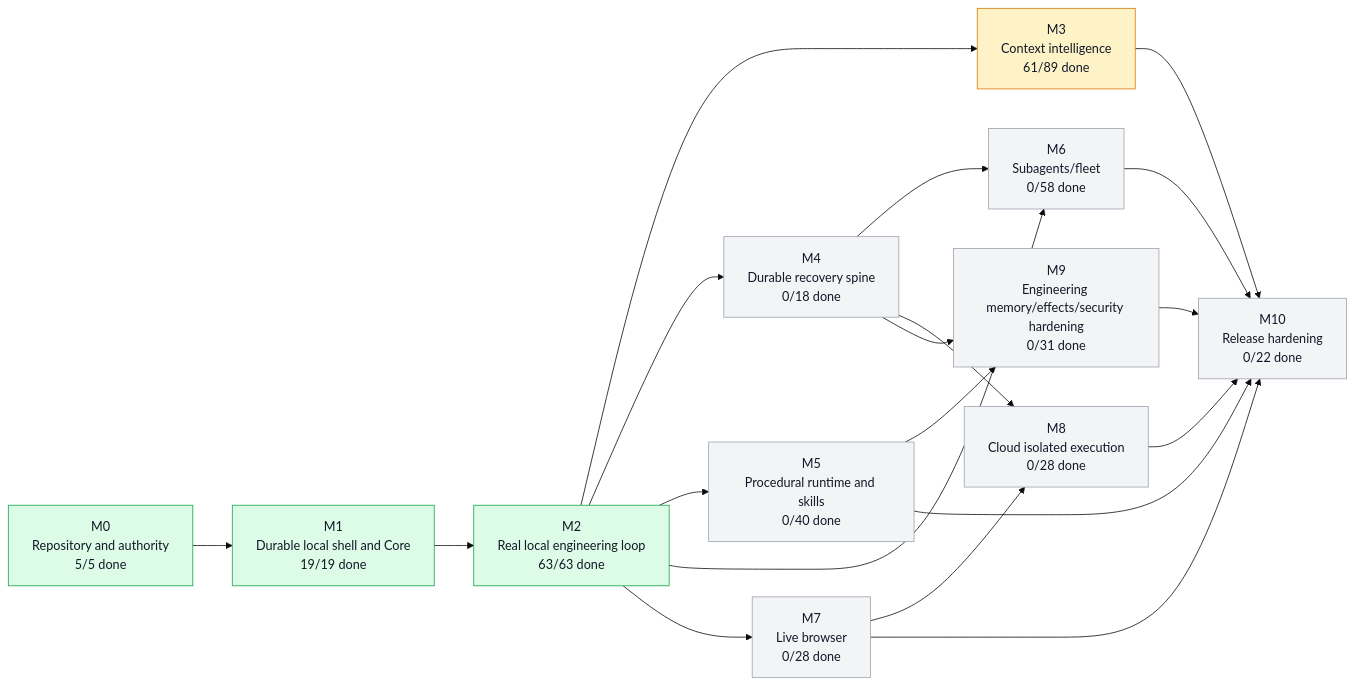
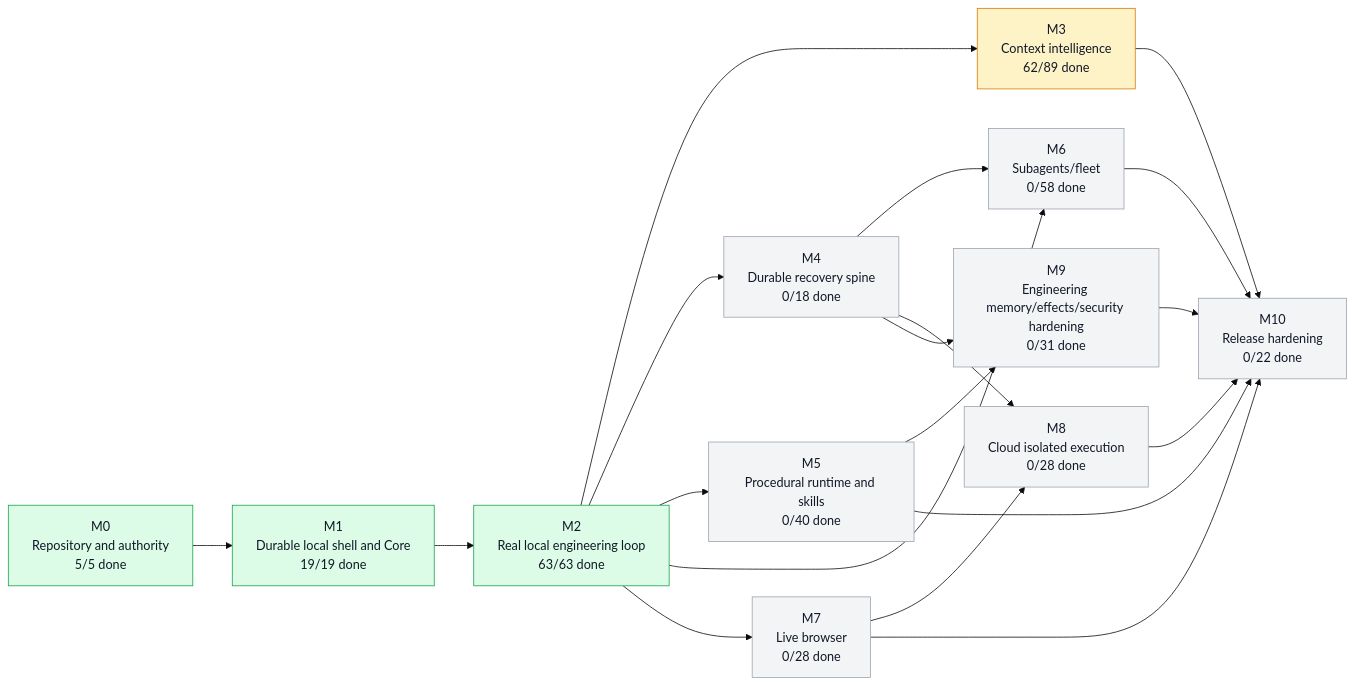
The first of 5 diagrams in graph/PROJECT_GRAPH.md (moss101/modbit), drawn with Mermaid (base theme) before and after one commit. The commit also changed other lines of this file and 25 other files, not shown here.

````diff
--- a/graph/PROJECT_GRAPH.md
+++ b/graph/PROJECT_GRAPH.md
@@ -57,43 +57,43 @@
 ```mermaid
 flowchart LR
   M0["M0<br/>Repository and authority<br/>5/5 done"]
   M1["M1<br/>Durable local shell and Core<br/>19/19 done"]
   M2["M2<br/>Real local engineering loop<br/>63/63 done"]
-  M3["M3<br/>Context intelligence<br/>61/89 done"]
+  M3["M3<br/>Context intelligence<br/>62/89 done"]
   M4["M4<br/>Durable recovery spine<br/>0/18 done"]
   M5["M5<br/>Procedural runtime and skills<br/>0/40 done"]
   M6["M6<br/>Subagents/fleet<br/>0/58 done"]
   M7["M7<br/>Live browser<br/>0/28 done"]
   M8["M8<br/>Cloud isolated execution<br/>0/28 done"]
   M9["M9<br/>Engineering memory/effects/security hardening<br/>0/31 done"]
   M10["M10<br/>Release hardening<br/>0/22 done"]
   M0 --> M1
   M1 --> M2
   M2 --> M3
   M2 --> M4
   M2 --> M5
   M2 --> M6
   M4 --> M6
   M2 --> M7
   M4 --> M8
   M7 --> M8
   M4 --> M9
   M5 --> M9
   M3 --> M10
   M5 --> M10
   M6 --> M10
   M7 --> M10
   M8 --> M10
   M9 --> M10
   style M0 fill:#dcfce7,stroke:#16a34a,color:#111827
   style M1 fill:#dcfce7,stroke:#16a34a,color:#111827
   style M2 fill:#dcfce7,stroke:#16a34a,color:#111827
   style M3 fill:#fef3c7,stroke:#d97706,color:#111827
   style M4 fill:#f3f4f6,stroke:#9ca3af,color:#111827
   style M5 fill:#f3f4f6,stroke:#9ca3af,color:#111827
   style M6 fill:#f3f4f6,stroke:#9ca3af,color:#111827
   style M7 fill:#f3f4f6,stroke:#9ca3af,color:#111827
   style M8 fill:#f3f4f6,stroke:#9ca3af,color:#111827
   style M9 fill:#f3f4f6,stroke:#9ca3af,color:#111827
   style M10 fill:#f3f4f6,stroke:#9ca3af,color:#111827
 ```
````
